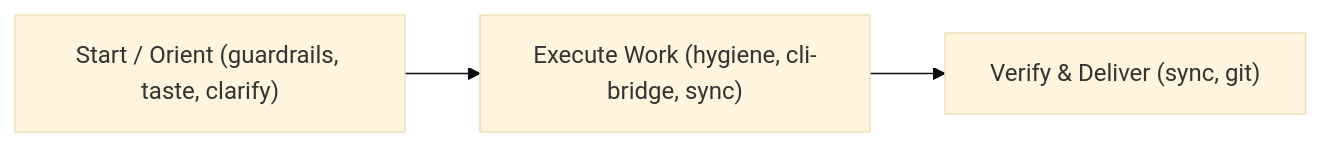
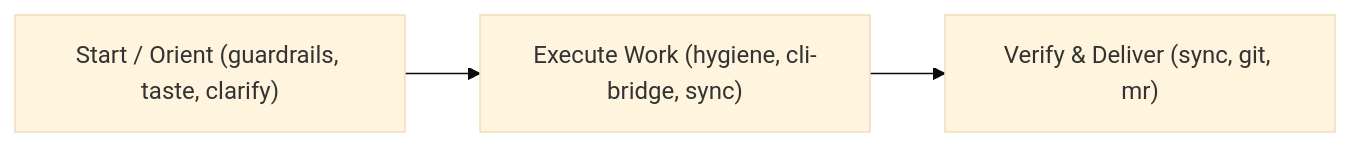
The diagram in .agent/skills/general/README.md (qthan1004/games-studio-workspace), drawn with Mermaid (base theme) before and after one commit. The commit also changed other lines of this file and 8 other files, not shown here.

````diff
--- a/.agent/skills/general/README.md
+++ b/.agent/skills/general/README.md
@@ -9,5 +9,5 @@
 ```mermaid
 flowchart LR
     Start["Start / Orient (guardrails, taste, clarify)"] --> Work["Execute Work (hygiene, cli-bridge, sync)"]
-    Work --> Close["Verify & Deliver (sync, git)"]
+    Work --> Close["Verify & Deliver (sync, git, mr)"]
 ```
````
